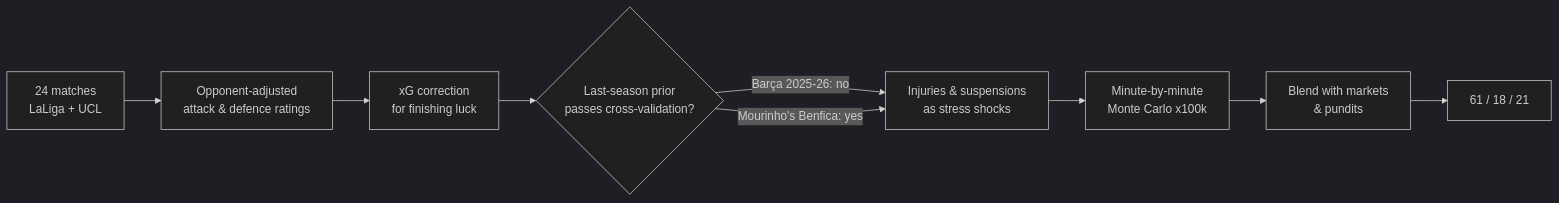
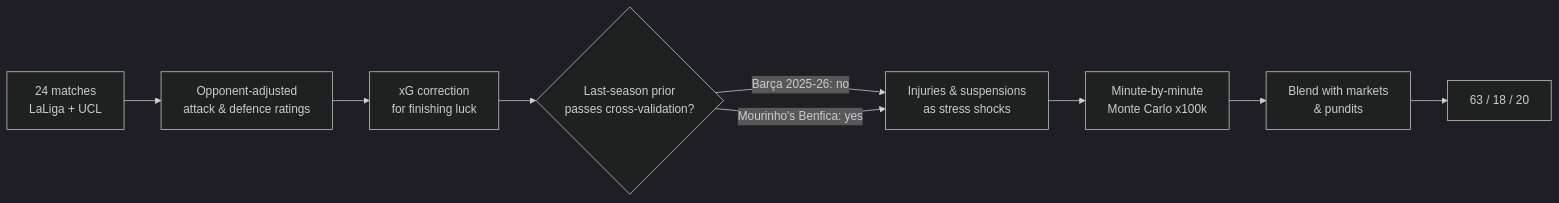
The diagram in README.md (baddouyousuf-gif/elclassico-prediction-for-oct-25-2026), drawn with Mermaid (dark theme) before and after one commit. The commit also changed other lines of this file, not shown here.

````diff
--- a/README.md
+++ b/README.md
@@ -114,11 +150,11 @@
 ```mermaid
 flowchart LR
   A[24 matches<br/>LaLiga + UCL] --> B[Opponent-adjusted<br/>attack & defence ratings]
   B --> C[xG correction<br/>for finishing luck]
   C --> D{Last-season prior<br/>passes cross-validation?}
   D -->|Barça 2025-26: no| E[Injuries & suspensions<br/>as stress shocks]
   D -->|Mourinho's Benfica: yes| E
   E --> F[Minute-by-minute<br/>Monte Carlo x100k]
   F --> G[Blend with markets<br/>& pundits]
-  G --> H[61 / 18 / 21]
+  G --> H[63 / 18 / 20]
 ```
````
